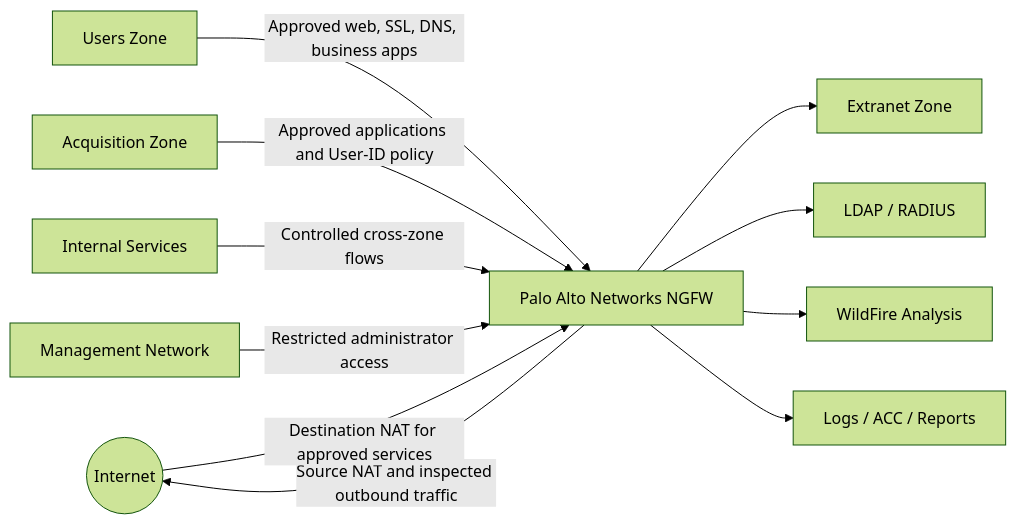
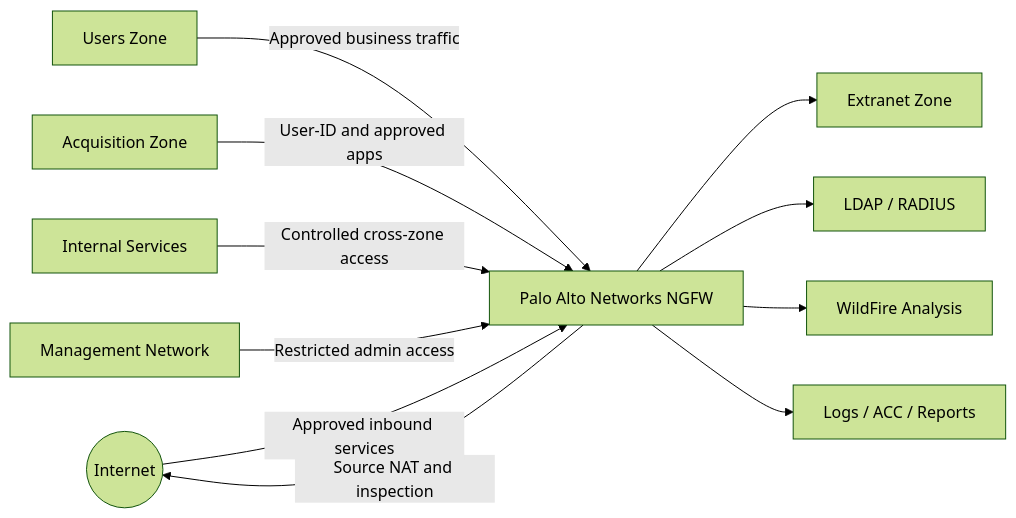
Before and after one commit to ShamsKibonge/enterprise-firewall-security: the second of 2 diagrams in README.md, drawn with Mermaid (forest theme). The commit also changed other lines of this file and 1 other file, not shown here.

````diff
--- a/README.md
+++ b/README.md
@@ -11,24 +69,24 @@
 ```mermaid
 flowchart LR
     Internet((Internet))
     NGFW[Palo Alto Networks NGFW]
     Users[Users Zone]
     Acquisition[Acquisition Zone]
     Extranet[Extranet Zone]
     Internal[Internal Services]
     Mgmt[Management Network]
     Directory[LDAP / RADIUS]
     WildFire[WildFire Analysis]
     Reports[Logs / ACC / Reports]
 
-    Users -->|Approved web, SSL, DNS, business apps| NGFW
-    Acquisition -->|Approved applications and User-ID policy| NGFW
-    Internal -->|Controlled cross-zone flows| NGFW
-    Mgmt -->|Restricted administrator access| NGFW
-    NGFW -->|Source NAT and inspected outbound traffic| Internet
-    Internet -->|Destination NAT for approved services| NGFW
+    Users -->|Approved business traffic| NGFW
+    Acquisition -->|User-ID and approved apps| NGFW
+    Internal -->|Controlled cross-zone access| NGFW
+    Mgmt -->|Restricted admin access| NGFW
+    NGFW -->|Source NAT and inspection| Internet
+    Internet -->|Approved inbound services| NGFW
     NGFW --> Extranet
     NGFW --> Directory
     NGFW --> WildFire
     NGFW --> Reports
 ```
````
